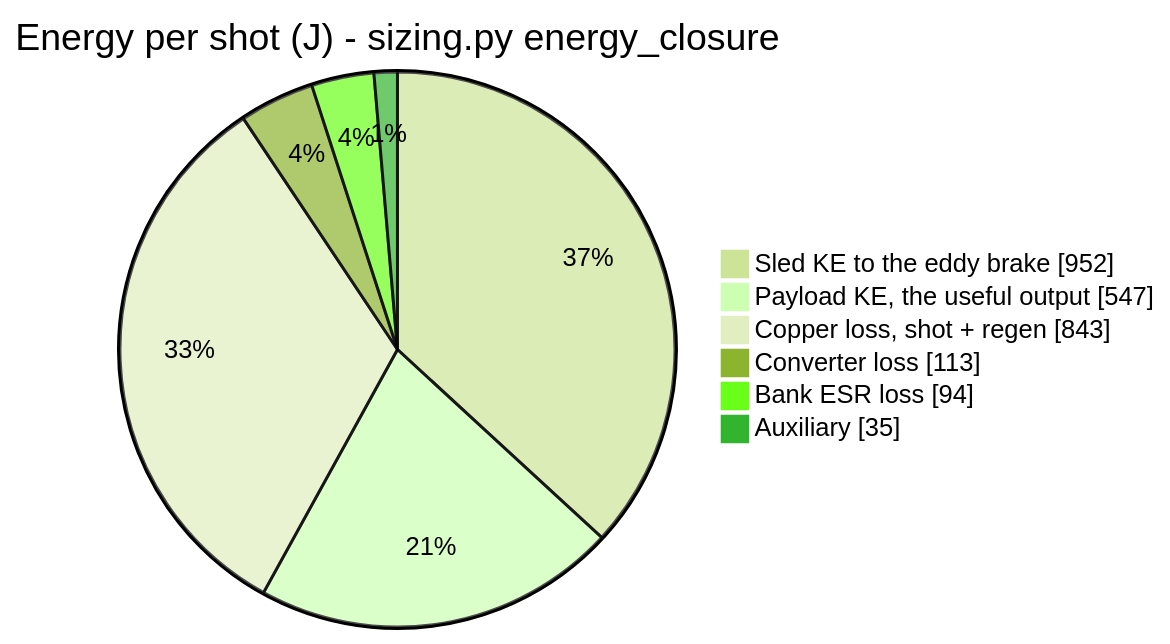
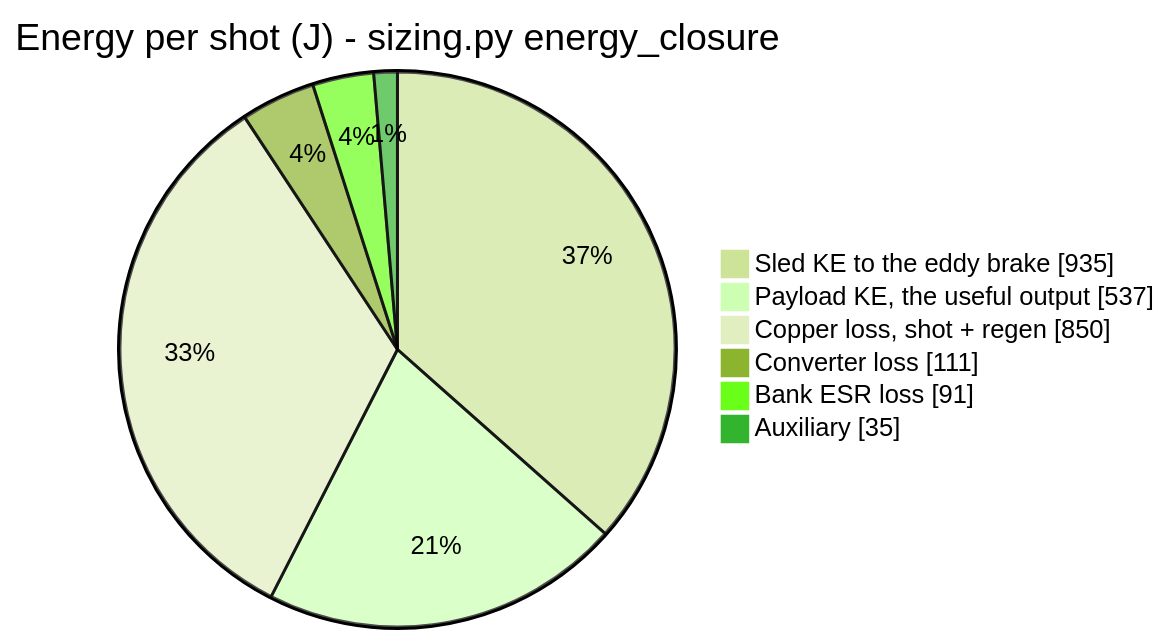
The second of 3 diagrams in README.md (aaaaaaaaaaaavm/EMOCD), drawn with Mermaid (forest theme) before and after one commit. The commit also changed other lines of this file and 39 other files, not shown here.

````diff
--- a/README.md
+++ b/README.md
@@ -202,10 +210,10 @@
 ```mermaid
 pie showData
     title Energy per shot (J) - sizing.py energy_closure
-    "Sled KE to the eddy brake" : 952
-    "Payload KE, the useful output" : 547
-    "Copper loss, shot + regen" : 843
-    "Converter loss" : 113
-    "Bank ESR loss" : 94
+    "Sled KE to the eddy brake" : 935
+    "Payload KE, the useful output" : 537
+    "Copper loss, shot + regen" : 850
+    "Converter loss" : 111
+    "Bank ESR loss" : 91
     "Auxiliary" : 35
 ```
````
